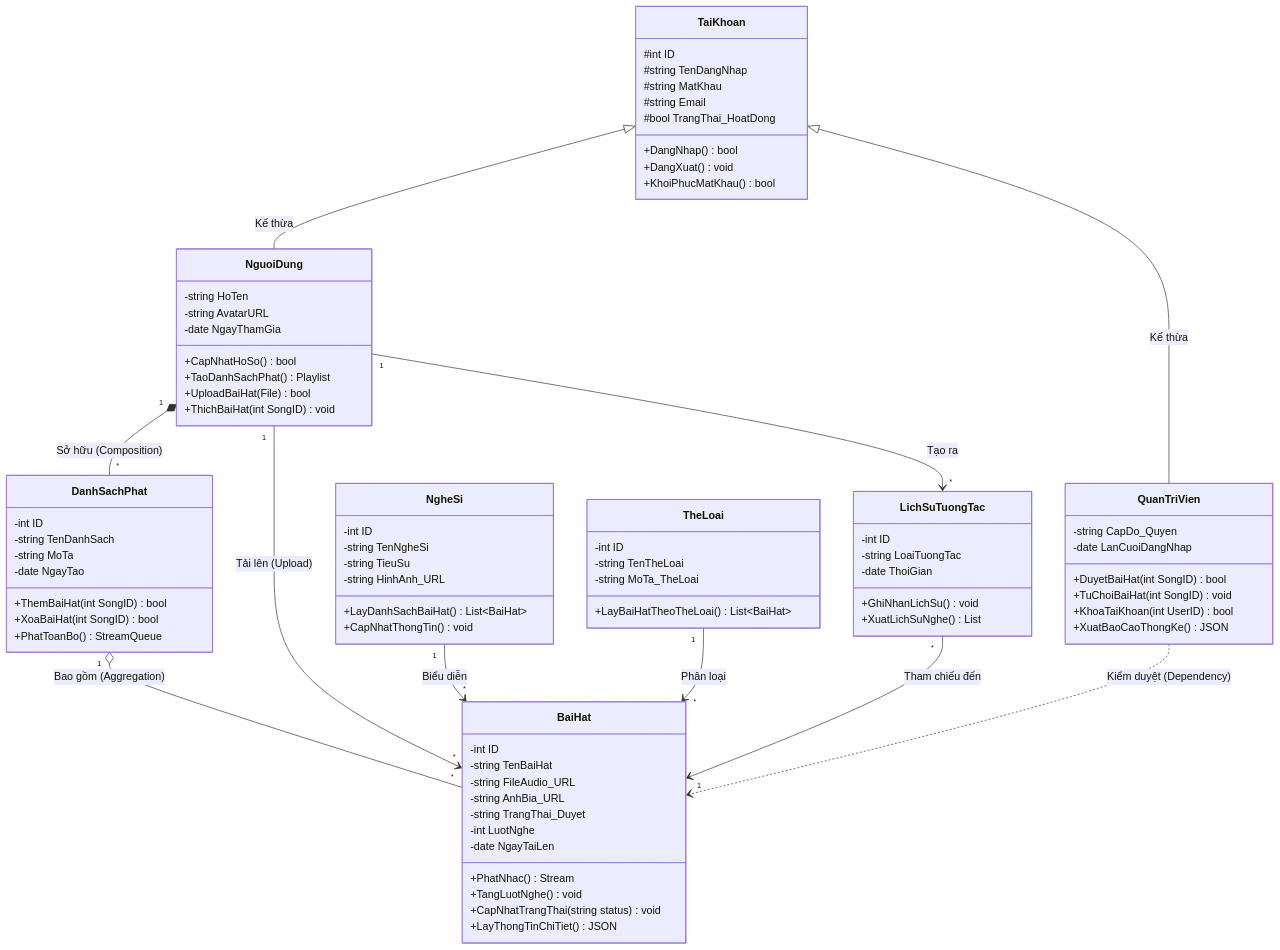
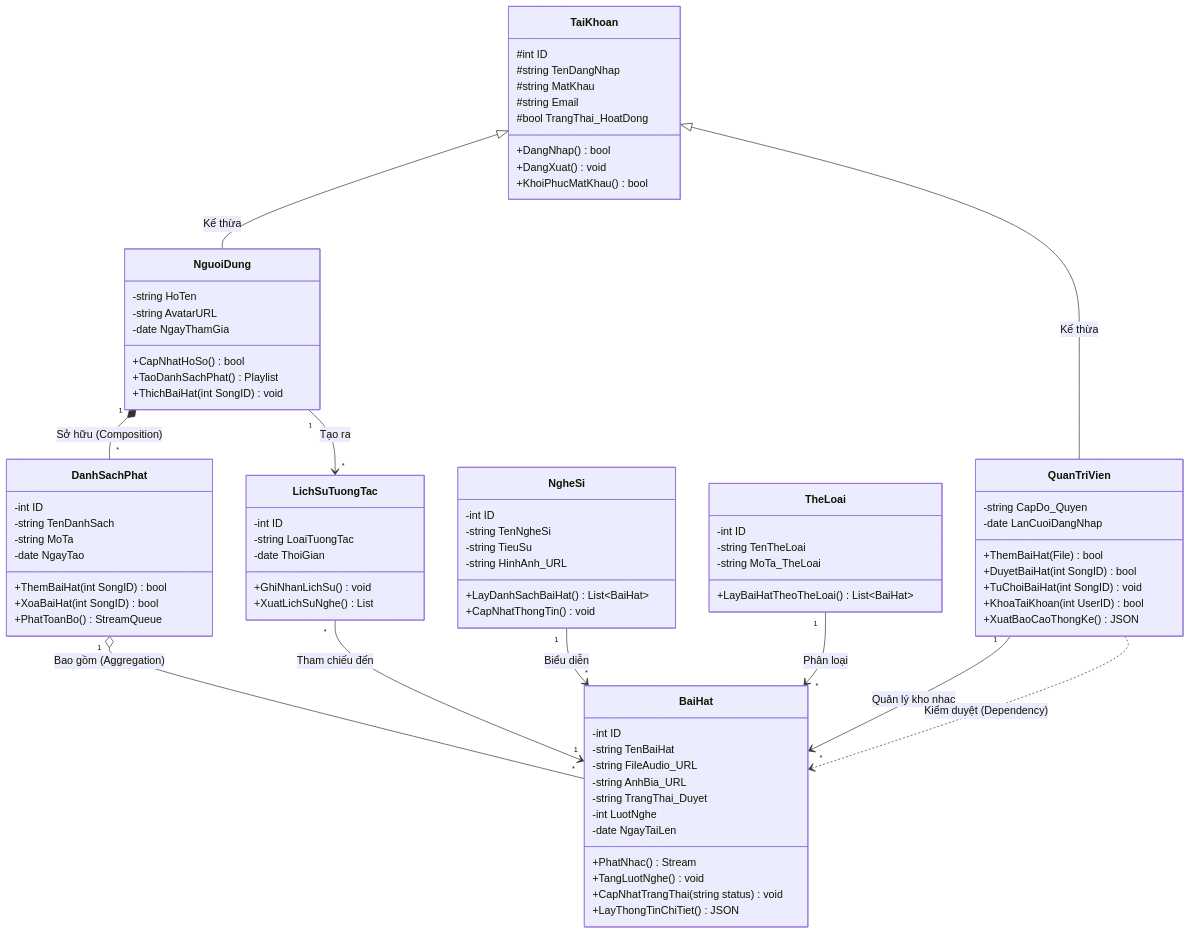
The tenth of 19 diagrams in Tài Liệu/SDD.md (NguyenThaiVinh0494/DACNPM_OnlineMusicStreamingWebsite), drawn with Mermaid before and after one commit. The commit also changed other lines of this file and 61 other files, not shown here.

```diff
--- a/Tài Liệu/SDD.md
+++ b/Tài Liệu/SDD.md
@@ -548,13 +549,13 @@
         -date NgayThamGia
         +CapNhatHoSo() bool
         +TaoDanhSachPhat() Playlist
-        +UploadBaiHat(File) bool
         +ThichBaiHat(int SongID) void
     }
 
     class QuanTriVien {
         -string CapDo_Quyen
         -date LanCuoiDangNhap
+        +ThemBaiHat(File) bool
         +DuyetBaiHat(int SongID) bool
         +TuChoiBaiHat(int SongID) void
         +KhoaTaiKhoan(int UserID) bool
@@ -614,7 +615,7 @@
     TaiKhoan <|-- QuanTriVien : Kế thừa
     NguoiDung "1" *-- "*" DanhSachPhat : Sở hữu (Composition)
     DanhSachPhat "1" o-- "*" BaiHat : Bao gồm (Aggregation)
-    NguoiDung "1" --> "*" BaiHat : Tải lên (Upload)
+    QuanTriVien "1" --> "*" BaiHat : Quản lý kho nhạc
     NgheSi "1" --> "*" BaiHat : Biểu diễn
     TheLoai "1" --> "*" BaiHat : Phân loại 
     NguoiDung "1" --> "*" LichSuTuongTac : Tạo ra
```
